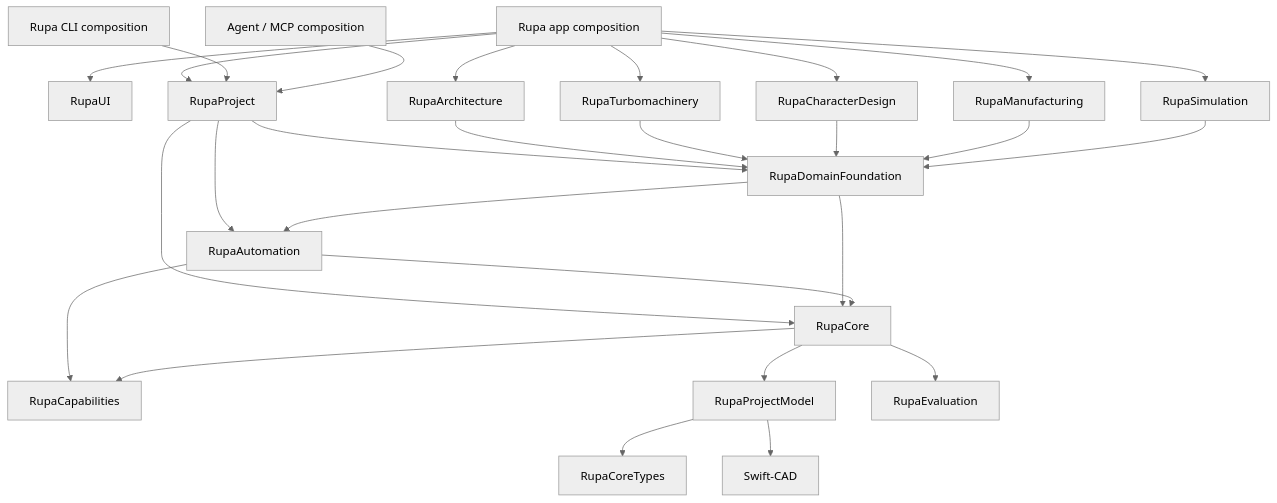
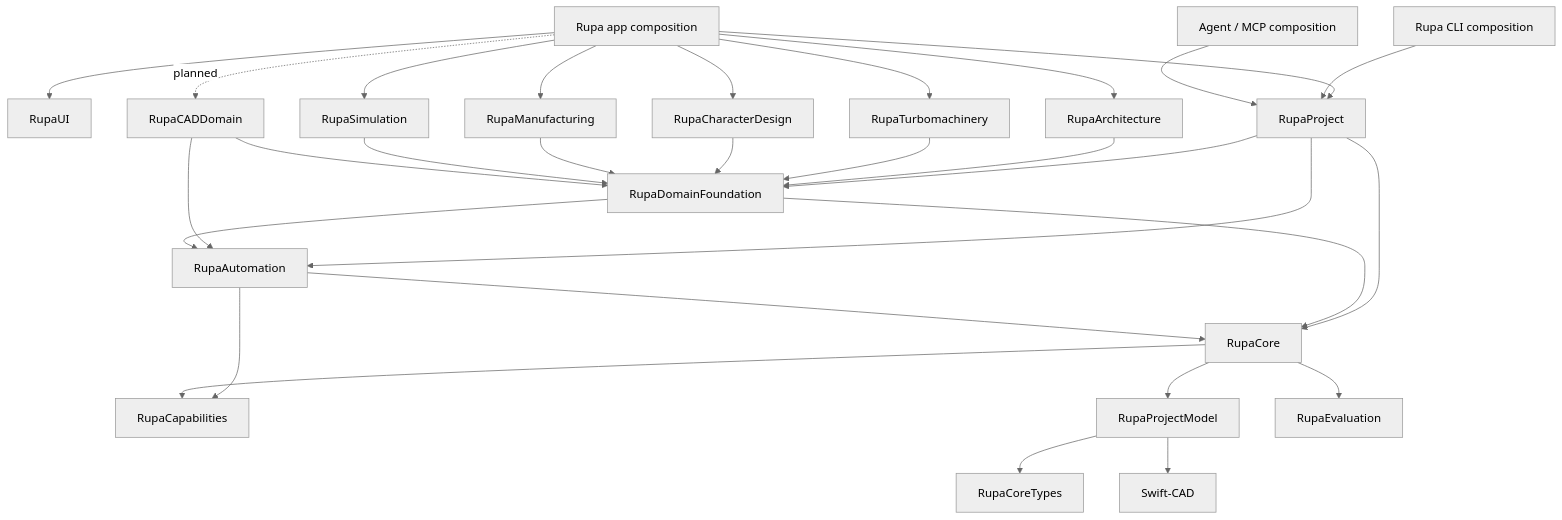
One commit to 1amageek/Rupa changed the second of 10 diagrams in Rupa/DOMAIN_EXTENSION_ARCHITECTURE.md. Above: the diagram before and after it, drawn with Mermaid (neutral theme). The commit also changed other lines of this file and 17 other files, not shown here.

````diff
--- a/Rupa/DOMAIN_EXTENSION_ARCHITECTURE.md
+++ b/Rupa/DOMAIN_EXTENSION_ARCHITECTURE.md
@@ -59,32 +59,35 @@
 ```mermaid
 flowchart TD
     App["Rupa app composition"] --> UI["RupaUI"]
     App --> Project["RupaProject"]
     App --> DomainA["RupaArchitecture"]
     App --> DomainB["RupaTurbomachinery"]
     App --> DomainC["RupaCharacterDesign"]
     App --> DomainM["RupaManufacturing"]
     App --> DomainS["RupaSimulation"]
+    App -. planned .-> CADDomain["RupaCADDomain"]
 
     CLI["Rupa CLI composition"] --> Project
     Agent["Agent / MCP composition"] --> Project
     Project --> DomainFoundation
     Project --> Automation
     Project --> Core
 
     DomainA --> DomainFoundation["RupaDomainFoundation"]
     DomainB --> DomainFoundation
     DomainC --> DomainFoundation
     DomainM --> DomainFoundation
     DomainS --> DomainFoundation
+    CADDomain --> DomainFoundation
+    CADDomain --> Automation
 
     DomainFoundation --> Automation["RupaAutomation"]
     DomainFoundation --> Core["RupaCore"]
     Automation --> Core
     Automation --> Capabilities["RupaCapabilities"]
     Core --> ProjectModel["RupaProjectModel"]
     Core --> Evaluation["RupaEvaluation"]
     Core --> Capabilities
     ProjectModel --> CoreTypes["RupaCoreTypes"]
     ProjectModel --> SwiftCAD["Swift-CAD"]
 ```
````
